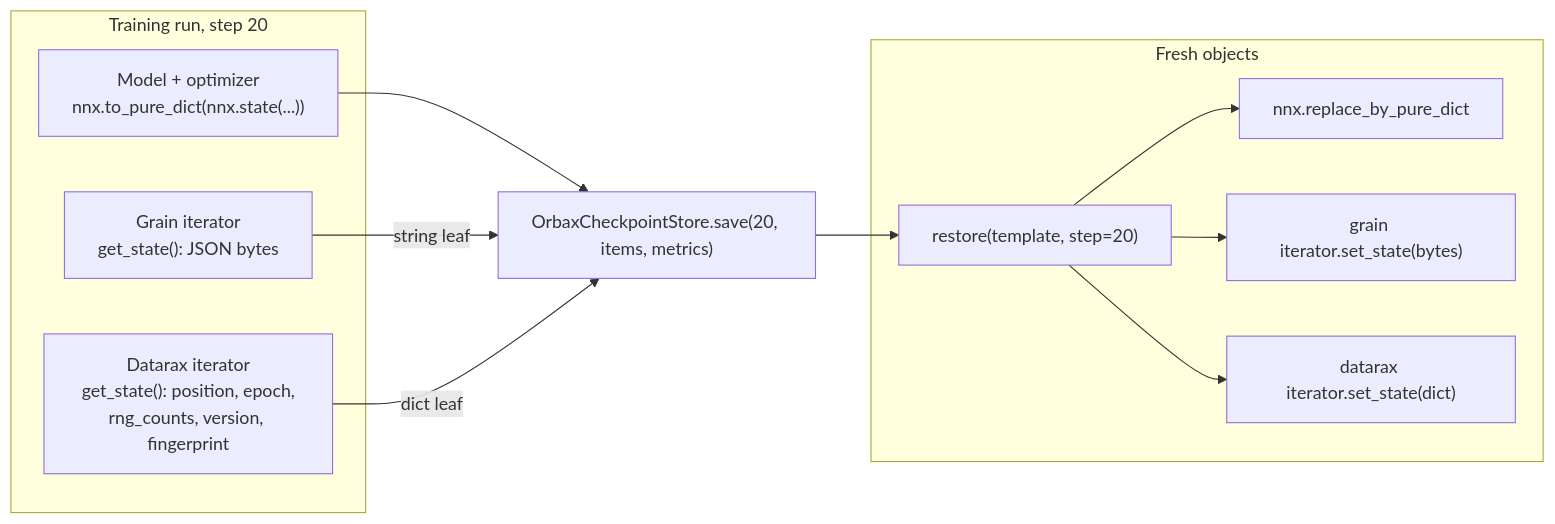
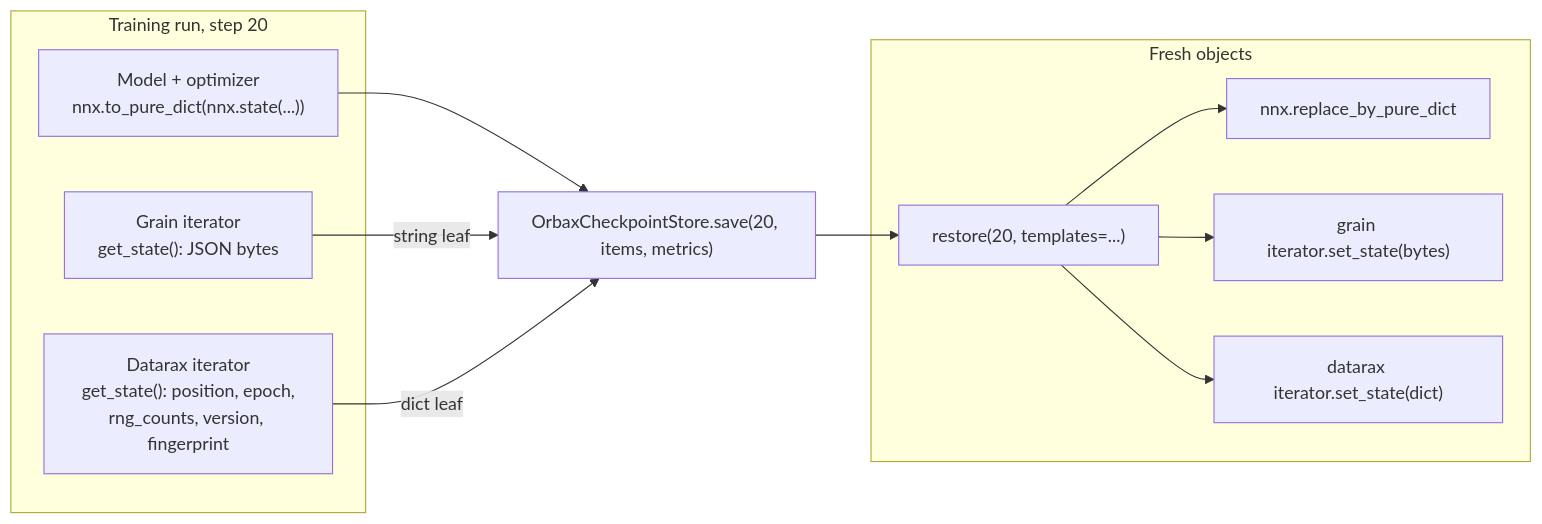
One commit to avitai/datarax changed the diagram in docs/examples/comparison/resumed-training-guide.md. Above: the diagram before and after it, drawn with Mermaid. The commit also changed 1 other file, not shown here.

Commit message:
docs(checkpoint): the two example pages match the Modal run of the rewritten examples
Both examples ran on Modal (run substrax-0-1-10-adoption, exit 0 each) and
reproduce their pages' terminal output; the diagram names the store's
restore(step, templates=...) signature and the quick reference's summary
names max_to_keep and the record's epoch field.

````diff
--- a/docs/examples/comparison/resumed-training-guide.md
+++ b/docs/examples/comparison/resumed-training-guide.md
@@ -203,25 +203,25 @@
 ```mermaid
 flowchart LR
     subgraph Run["Training run, step 20"]
         M["Model + optimizer<br/>nnx.to_pure_dict(nnx.state(...))"]
         GL["Grain iterator<br/>get_state(): JSON bytes"]
         DL["Datarax iterator<br/>get_state(): position, epoch,<br/>rng_counts, version, fingerprint"]
     end
 
     S["OrbaxCheckpointStore.save(20, items, metrics)"]
     M --> S
     GL -->|"string leaf"| S
     DL -->|"dict leaf"| S
 
     subgraph Resume["Fresh objects"]
-        R["restore(template, step=20)"]
+        R["restore(20, templates=...)"]
         RM["nnx.replace_by_pure_dict"]
         RG["grain iterator.set_state(bytes)"]
         RD["datarax iterator.set_state(dict)"]
         R --> RM
         R --> RG
         R --> RD
     end
 
     S --> R
 ```
````
